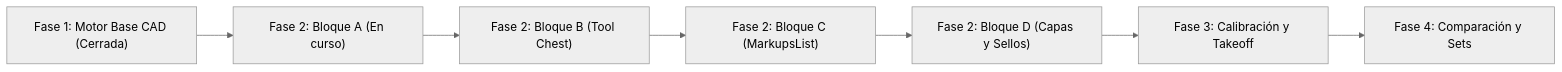
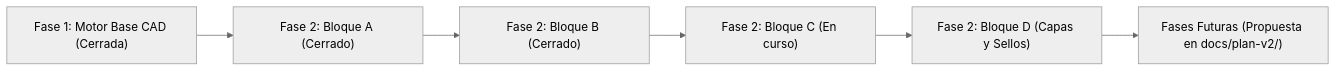
Before and after one commit to jacobavina/pdfrev: the diagram in ROADMAP.md, drawn with Mermaid (neutral theme). The commit also changed other lines of this file and 2 other files, not shown here.

Commit message:
docs(z.0): alinear roadmap, status y parity con el estado real

````diff
--- a/ROADMAP.md
+++ b/ROADMAP.md
@@ -9,9 +9,8 @@
 ```mermaid
 flowchart LR
-    F1["Fase 1: Motor Base CAD (Cerrada)"] --> F2A["Fase 2: Bloque A (En curso)"]
-    F2A --> F2B["Fase 2: Bloque B (Tool Chest)"]
-    F2B --> F2C["Fase 2: Bloque C (MarkupsList)"]
+    F1["Fase 1: Motor Base CAD (Cerrada)"] --> F2A["Fase 2: Bloque A (Cerrado)"]
+    F2A --> F2B["Fase 2: Bloque B (Cerrado)"]
+    F2B --> F2C["Fase 2: Bloque C (En curso)"]
     F2C --> F2D["Fase 2: Bloque D (Capas y Sellos)"]
-    F2D --> F3["Fase 3: Calibración y Takeoff"]
-    F3 --> F4["Fase 4: Comparación y Sets"]
+    F2D --> F3["Fases Futuras (Propuesta en docs/plan-v2/)"]
 ```
````
